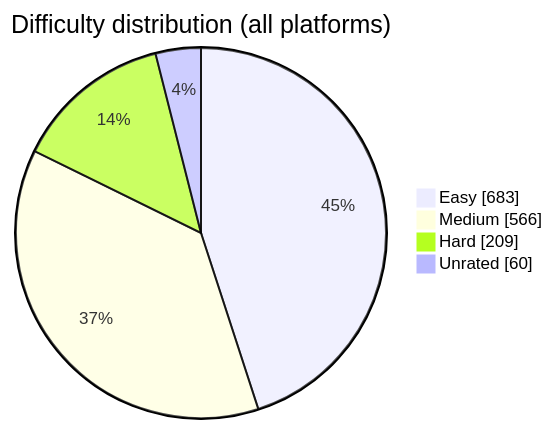
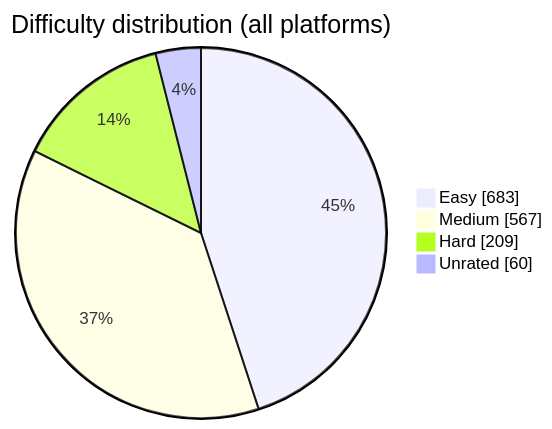
The diagram in README.md (BuildbyArindam/Daily-Coding-Log), drawn with Mermaid before and after one commit. The commit also changed other lines of this file, not shown here.

````diff
--- a/README.md
+++ b/README.md
@@ -93,7 +93,7 @@
 ```mermaid
 pie showData title Difficulty distribution (all platforms)
     "Easy" : 683
-    "Medium" : 566
+    "Medium" : 567
     "Hard" : 209
     "Unrated" : 60
 ```
````
